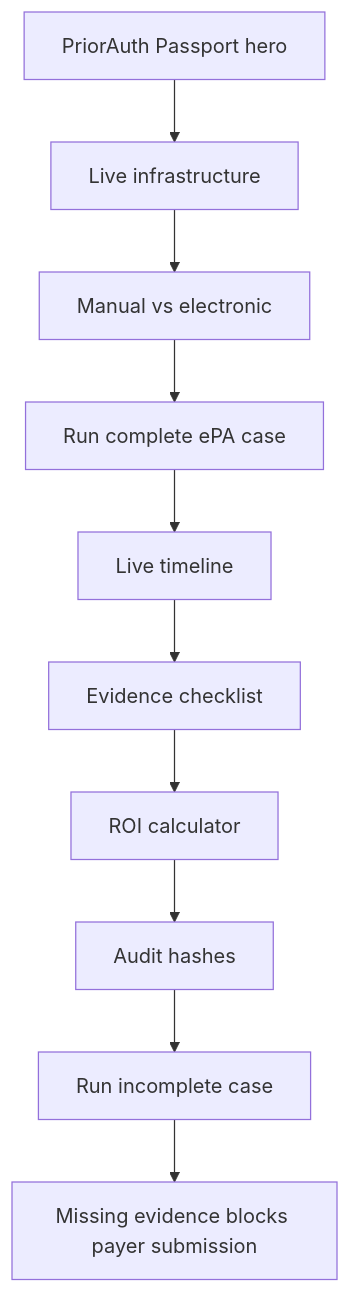
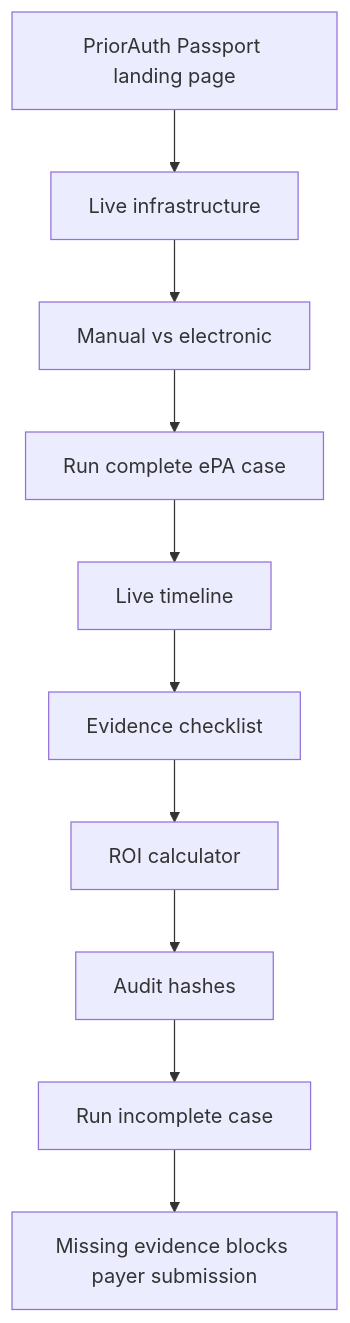
Before and after one commit to roshaninfordham/healthagentpassport: the diagram in docs/demo-guide.md, drawn with Mermaid. The commit also changed other lines of this file and 14 other files, not shown here.

Commit message:
Fix GitHub diagrams and simplify landing page

````diff
--- a/docs/demo-guide.md
+++ b/docs/demo-guide.md
@@ -14,12 +14,12 @@
 ```mermaid
 flowchart TD
-  Hero[PriorAuth Passport hero] --> Infra[Live infrastructure]
-  Infra --> Compare[Manual vs electronic]
-  Compare --> Complete[Run complete ePA case]
-  Complete --> Timeline[Live timeline]
-  Timeline --> Evidence[Evidence checklist]
-  Evidence --> Roi[ROI calculator]
-  Roi --> Audit[Audit hashes]
-  Audit --> Incomplete[Run incomplete case]
-  Incomplete --> Guardrail[Missing evidence blocks payer submission]
+  Hero["PriorAuth Passport landing page"] --> Infra["Live infrastructure"]
+  Infra --> Compare["Manual vs electronic"]
+  Compare --> Complete["Run complete ePA case"]
+  Complete --> Timeline["Live timeline"]
+  Timeline --> Evidence["Evidence checklist"]
+  Evidence --> Roi["ROI calculator"]
+  Roi --> Audit["Audit hashes"]
+  Audit --> Incomplete["Run incomplete case"]
+  Incomplete --> Guardrail["Missing evidence blocks payer submission"]
 ```
````
